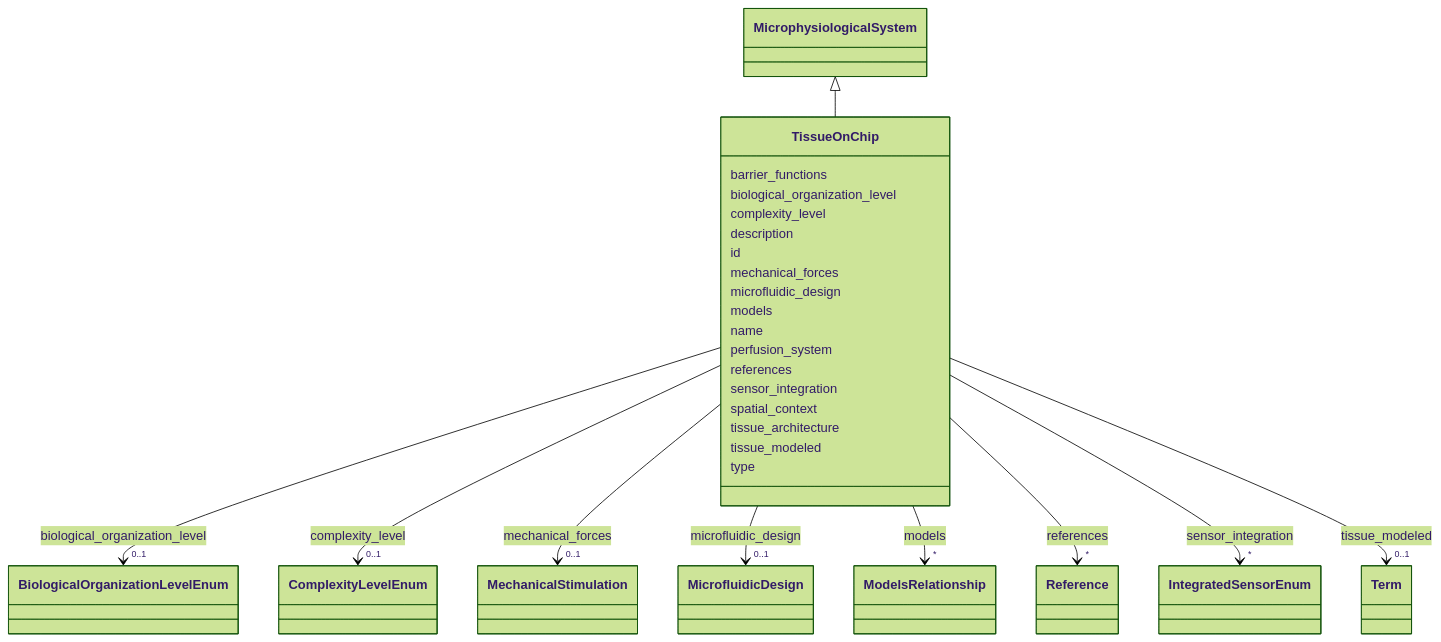
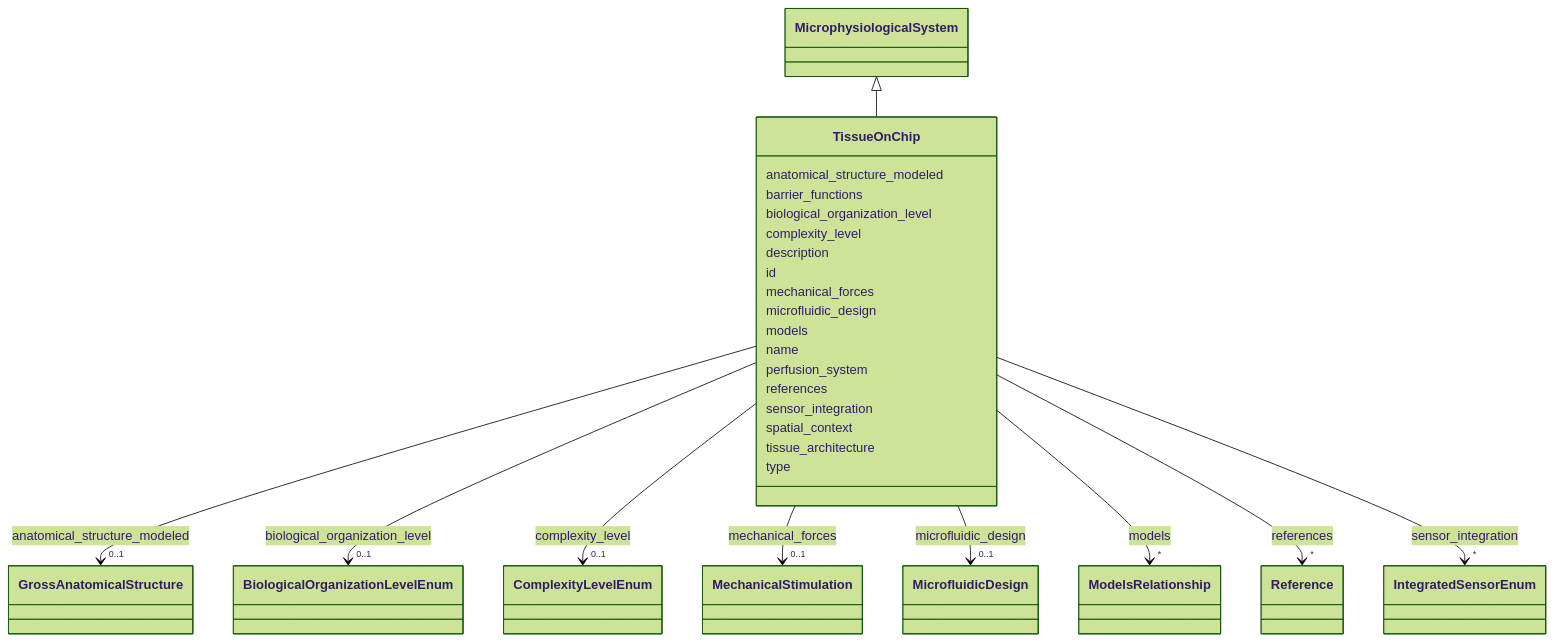
The diagram in docs/elements/TissueOnChip.md (monarch-initiative/namo), drawn with Mermaid (forest theme) before and after one commit. The commit also changed other lines of this file and 307 other files, not shown here.

```diff
--- a/docs/elements/TissueOnChip.md
+++ b/docs/elements/TissueOnChip.md
@@ -22,6 +27,17 @@
       MicrophysiologicalSystem <|-- TissueOnChip
         click MicrophysiologicalSystem href "../MicrophysiologicalSystem/"
       
+      TissueOnChip : anatomical_structure_modeled
+        
+          
+    
+        
+        
+        TissueOnChip --> "0..1" GrossAnatomicalStructure : anatomical_structure_modeled
+        click GrossAnatomicalStructure href "../GrossAnatomicalStructure/"
+    
+
+        
       TissueOnChip : barrier_functions
         
       TissueOnChip : biological_organization_level
@@ -113,17 +129,6 @@
         
       TissueOnChip : tissue_architecture
         
-      TissueOnChip : tissue_modeled
-        
-          
-    
-        
-        
-        TissueOnChip --> "0..1" Term : tissue_modeled
-        click Term href "../Term/"
-    
-
-        
       TissueOnChip : type
         
       
```
